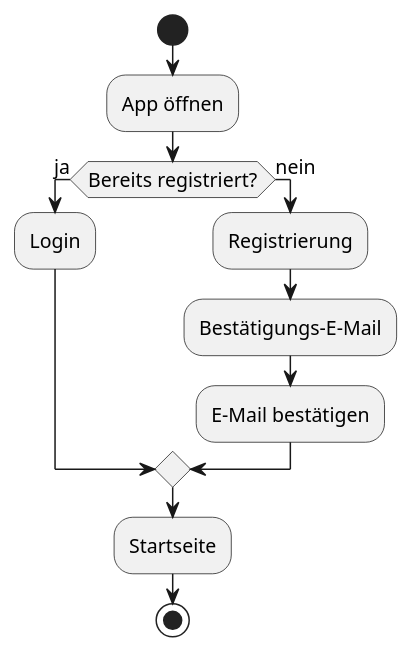
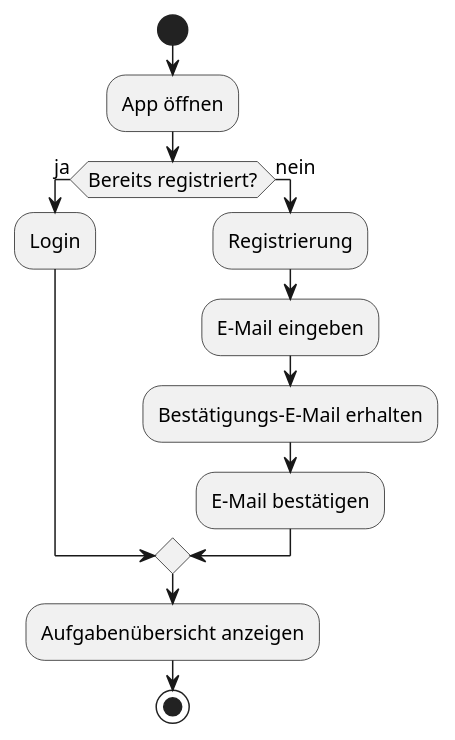
The first of 2 diagrams in docs/product/ux_concept.adoc (benWnhHtw/A1-TaskHive), drawn with PlantUML before and after one commit. The commit also changed other lines of this file, not shown here.

First line of the commit message:
Completed UX concept: personas, usage context and flows

```diff
--- a/docs/product/ux_concept.adoc
+++ b/docs/product/ux_concept.adoc
@@ -145,20 +160,24 @@
 [plantuml, onboarding-flow, svg]
 ....
 @startuml
 skinparam monochrome true
 skinparam defaultFontSize 13
 
 start
+
 :App öffnen;
+
 if (Bereits registriert?) then (ja)
   :Login;
 else (nein)
   :Registrierung;
-  :Bestätigungs-E-Mail;
+  :E-Mail eingeben;
+  :Bestätigungs-E-Mail erhalten;
   :E-Mail bestätigen;
 endif
-:Startseite;
+
+:Aufgabenübersicht anzeigen;
+
 stop
-
 @enduml
 ....
```
